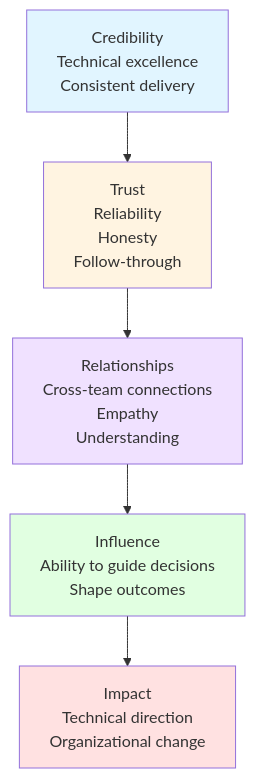
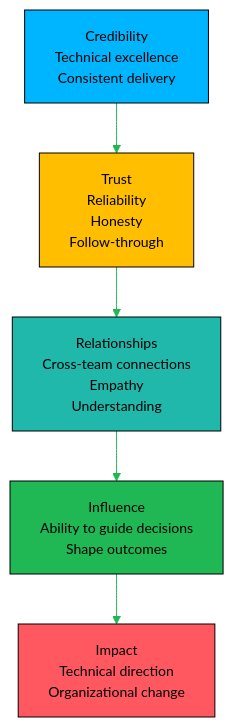
Before and after one commit to oat431/swe-knowledge: the diagram in career-path/02_Senior_Software_Engineer/06_Communication_and_Influence/03_Influence_Without_Authority.md, drawn with Mermaid. The commit also changed 893 other files, not shown here.

````diff
--- a/career-path/02_Senior_Software_Engineer/06_Communication_and_Influence/03_Influence_Without_Authority.md
+++ b/career-path/02_Senior_Software_Engineer/06_Communication_and_Influence/03_Influence_Without_Authority.md
@@ -29,14 +29,15 @@
 ```mermaid
+%%{init: {'theme':'base','themeVariables':{'primaryColor':'#19362D','primaryTextColor':'#CDD3D1','primaryBorderColor':'#1FB854','lineColor':'#1FB854','background':'#1B1717','mainBkg':'#19362D','clusterBkg':'#161212','edgeLabelBackground':'#161212','titleColor':'#1FB854','fontSize':'14px'}}}%%
 flowchart TD
     Credibility[Credibility<br/>Technical excellence<br/>Consistent delivery] --> Trust
     Trust[Trust<br/>Reliability<br/>Honesty<br/>Follow-through] --> Relationships
     Relationships[Relationships<br/>Cross-team connections<br/>Empathy<br/>Understanding] --> Influence
     Influence[Influence<br/>Ability to guide decisions<br/>Shape outcomes] --> Impact
     Impact[Impact<br/>Technical direction<br/>Organizational change]
     
-    style Credibility fill:#e1f5ff
-    style Trust fill:#fff4e1
-    style Relationships fill:#f0e1ff
-    style Influence fill:#e1ffe1
-    style Impact fill:#ffe1e1
+    style Credibility fill:#00B5FF,stroke:#000000,color:#000000
+    style Trust fill:#FFBE00,stroke:#000000,color:#000000
+    style Relationships fill:#1FB8AB,stroke:#000000,color:#000000
+    style Influence fill:#1FB854,stroke:#000000,color:#000000
+    style Impact fill:#FF5861,stroke:#000000,color:#000000
 ```
````
